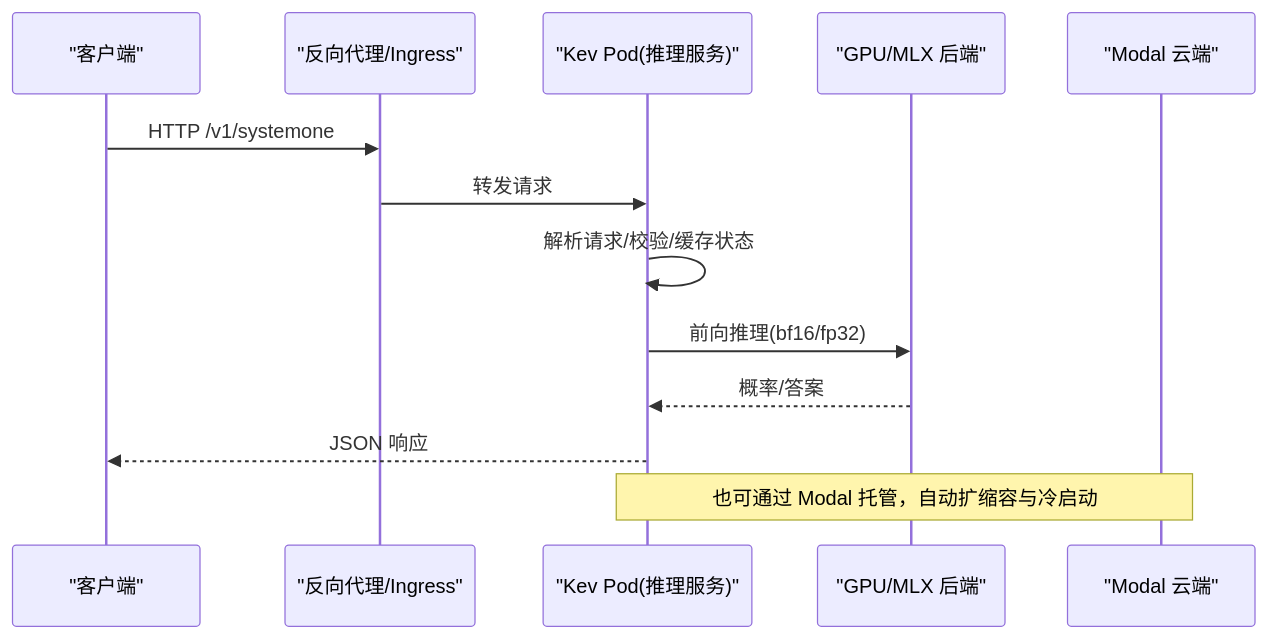
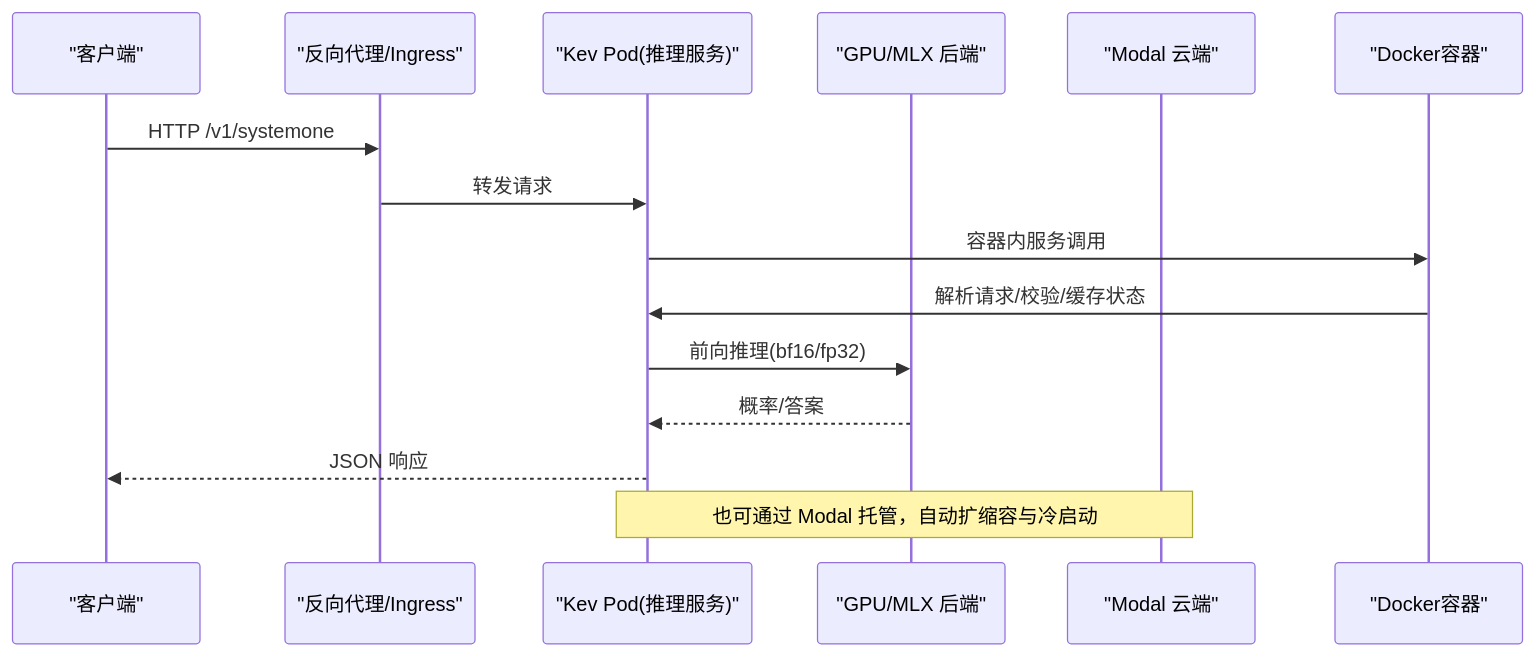
The second of 10 diagrams in .qoder/repowiki/zh/content/部署指南/容器化部署/容器化部署.md (joezxh/kev), drawn with Mermaid before and after one commit. The commit also changed other lines of this file and 100 other files, not shown here.

````diff
--- a/.qoder/repowiki/zh/content/部署指南/容器化部署/容器化部署.md
+++ b/.qoder/repowiki/zh/content/部署指南/容器化部署/容器化部署.md
@@ -90,15 +124,17 @@
 ```mermaid
 sequenceDiagram
 participant Client as "客户端"
 participant Proxy as "反向代理/Ingress"
 participant Pod as "Kev Pod(推理服务)"
 participant GPU as "GPU/MLX 后端"
 participant Modal as "Modal 云端"
+participant Docker as "Docker容器"
 Client->>Proxy : HTTP /v1/systemone
 Proxy->>Pod : 转发请求
-Pod->>Pod : 解析请求/校验/缓存状态
+Pod->>Docker : 容器内服务调用
+Docker->>Pod : 解析请求/校验/缓存状态
 Pod->>GPU : 前向推理(bf16/fp32)
 GPU-->>Pod : 概率/答案
 Pod-->>Client : JSON 响应
 Note over Modal,Pod : 也可通过 Modal 托管，自动扩缩容与冷启动
 ```
````
